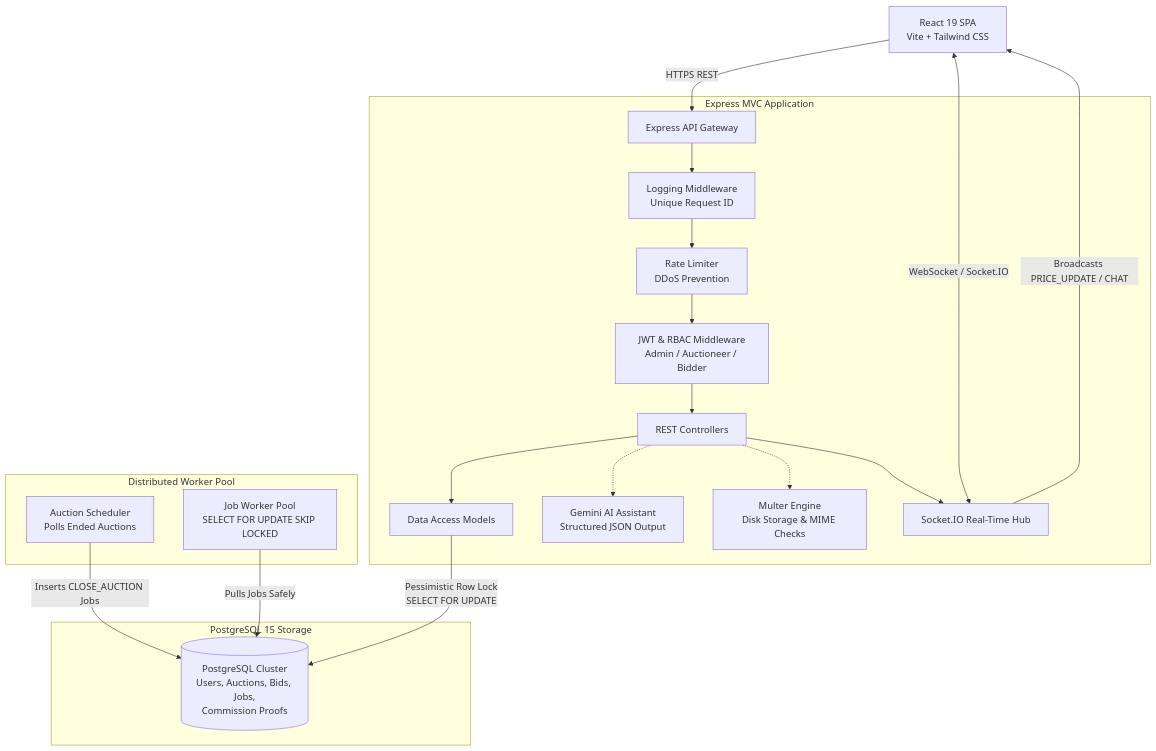
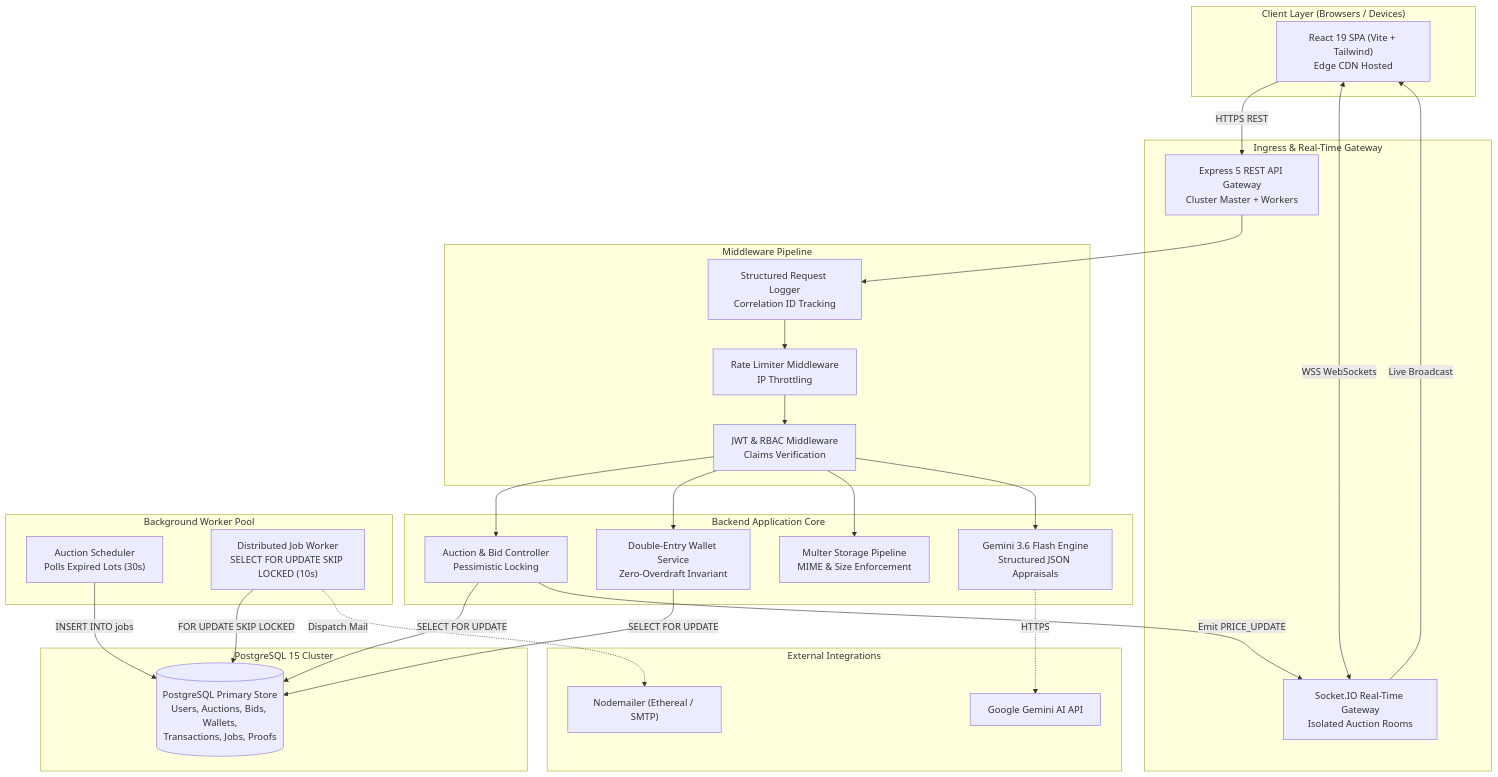
One commit to 23abhishek2024/auctionloom changed the first of 2 diagrams in README.md. Above: the diagram before and after it, drawn with Mermaid. The commit also changed other lines of this file, not shown here.

````diff
--- a/README.md
+++ b/README.md
@@ -29,36 +114,58 @@
 ```mermaid
-graph TD
-    %% Client Layer
-    Clients[React 19 SPA<br/>Vite + Tailwind CSS] -->|HTTPS REST| API[Express API Gateway]
-    Clients <-->|WebSocket / Socket.IO| Sockets[Socket.IO Real-Time Hub]
-
-    %% Middleware Layer
-    subgraph Express MVC Application
-        API --> Logger[Logging Middleware<br/>Unique Request ID]
-        Logger --> RateLimiter[Rate Limiter<br/>DDoS Prevention]
-        RateLimiter --> Auth[JWT & RBAC Middleware<br/>Admin / Auctioneer / Bidder]
-        Auth --> Controllers[REST Controllers]
-        
-        Controllers --> Models[Data Access Models]
-        Controllers -.-> AIService[Gemini AI Assistant<br/>Structured JSON Output]
-        Controllers -.-> MulterPipeline[Multer Engine<br/>Disk Storage & MIME Checks]
-        Controllers --> Sockets
+flowchart TB
+    subgraph Clients["Client Layer (Browsers / Devices)"]
+        Browser["React 19 SPA (Vite + Tailwind)<br/>Edge CDN Hosted"]
     end
 
-    %% Background Workers
-    subgraph Distributed Worker Pool
-        Scheduler[Auction Scheduler<br/>Polls Ended Auctions]
-        JobWorker[Job Worker Pool<br/>SELECT FOR UPDATE SKIP LOCKED]
+    subgraph Ingress["Ingress & Real-Time Gateway"]
+        API["Express 5 REST API Gateway<br/>Cluster Master + Workers"]
+        WS["Socket.IO Real-Time Gateway<br/>Isolated Auction Rooms"]
     end
 
-    %% Database Layer
-    subgraph PostgreSQL 15 Storage
-        DB[(PostgreSQL Cluster<br/>Users, Auctions, Bids, Jobs,<br/>Commission Proofs)]
+    subgraph Middleware["Middleware Pipeline"]
+        Logger["Structured Request Logger<br/>Correlation ID Tracking"]
+        Limiter["Rate Limiter Middleware<br/>IP Throttling"]
+        Auth["JWT & RBAC Middleware<br/>Claims Verification"]
     end
 
-    %% Data Connections
-    Models -->|Pessimistic Row Lock<br/>SELECT FOR UPDATE| DB
-    Scheduler -->|Inserts CLOSE_AUCTION Jobs| DB
-    JobWorker -->|Pulls Jobs Safely| DB
-    Sockets -->|Broadcasts PRICE_UPDATE / CHAT| Clients
+    subgraph CoreServices["Backend Application Core"]
+        AuctionService["Auction & Bid Controller<br/>Pessimistic Locking"]
+        WalletService["Double-Entry Wallet Service<br/>Zero-Overdraft Invariant"]
+        AIService["Gemini 3.6 Flash Engine<br/>Structured JSON Appraisals"]
+        UploadService["Multer Storage Pipeline<br/>MIME & Size Enforcement"]
+    end
+
+    subgraph StorageLayer["PostgreSQL 15 Cluster"]
+        DB[(PostgreSQL Primary Store<br/>Users, Auctions, Bids, Wallets,<br/>Transactions, Jobs, Proofs)]
+    end
+
+    subgraph AsyncWorkers["Background Worker Pool"]
+        Scheduler["Auction Scheduler<br/>Polls Expired Lots (30s)"]
+        JobWorker["Distributed Job Worker<br/>SELECT FOR UPDATE SKIP LOCKED (10s)"]
+    end
+
+    subgraph External["External Integrations"]
+        GeminiAPI["Google Gemini AI API"]
+        EmailGateway["Nodemailer (Ethereal / SMTP)"]
+    end
+
+    Browser -->|HTTPS REST| API
+    Browser <-->|WSS WebSockets| WS
+
+    API --> Logger --> Limiter --> Auth
+    Auth --> AuctionService
+    Auth --> WalletService
+    Auth --> UploadService
+    Auth --> AIService
+
+    AIService -.->|HTTPS| GeminiAPI
+    AuctionService -->|SELECT FOR UPDATE| DB
+    WalletService -->|SELECT FOR UPDATE| DB
+
+    Scheduler -->|INSERT INTO jobs| DB
+    JobWorker -->|FOR UPDATE SKIP LOCKED| DB
+    JobWorker -.->|Dispatch Mail| EmailGateway
+
+    AuctionService -->|Emit PRICE_UPDATE| WS
+    WS -->|Live Broadcast| Browser
 ```
````
